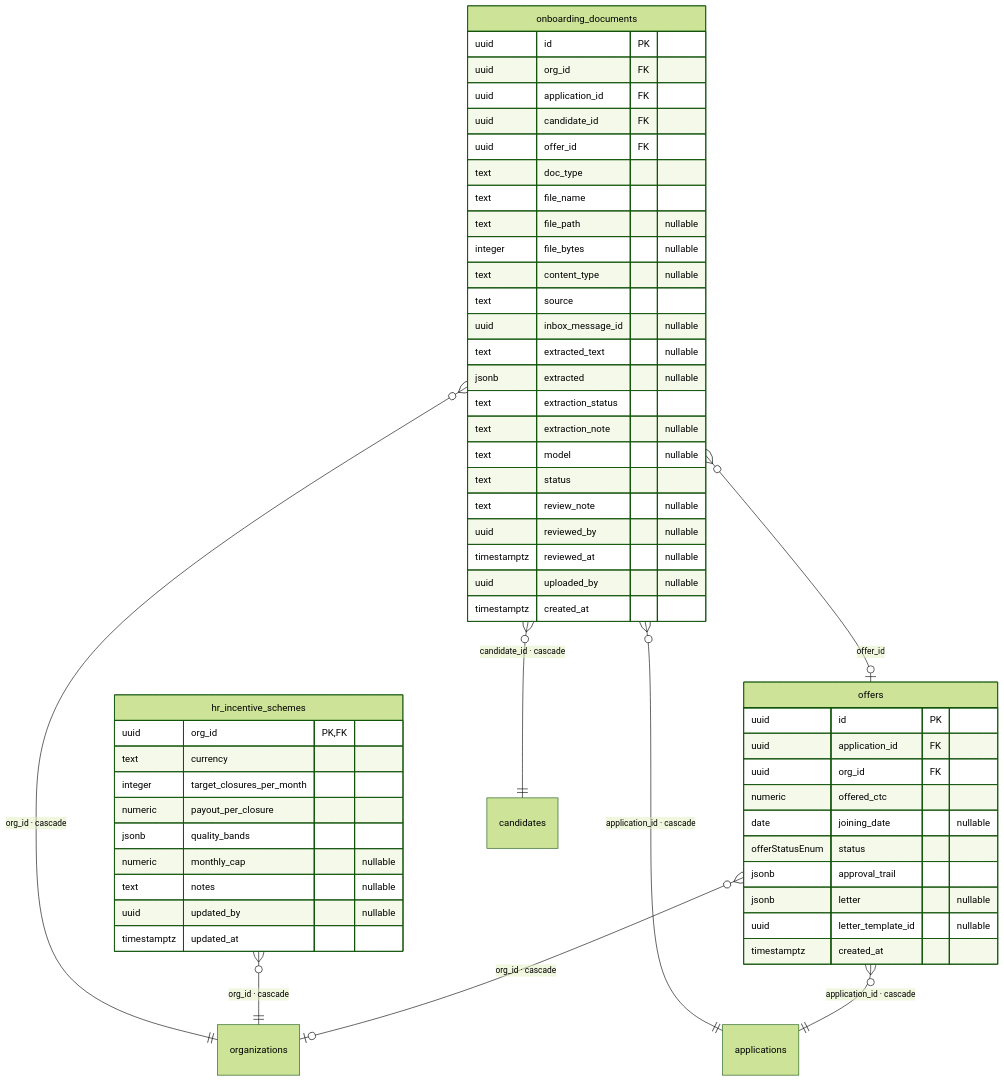
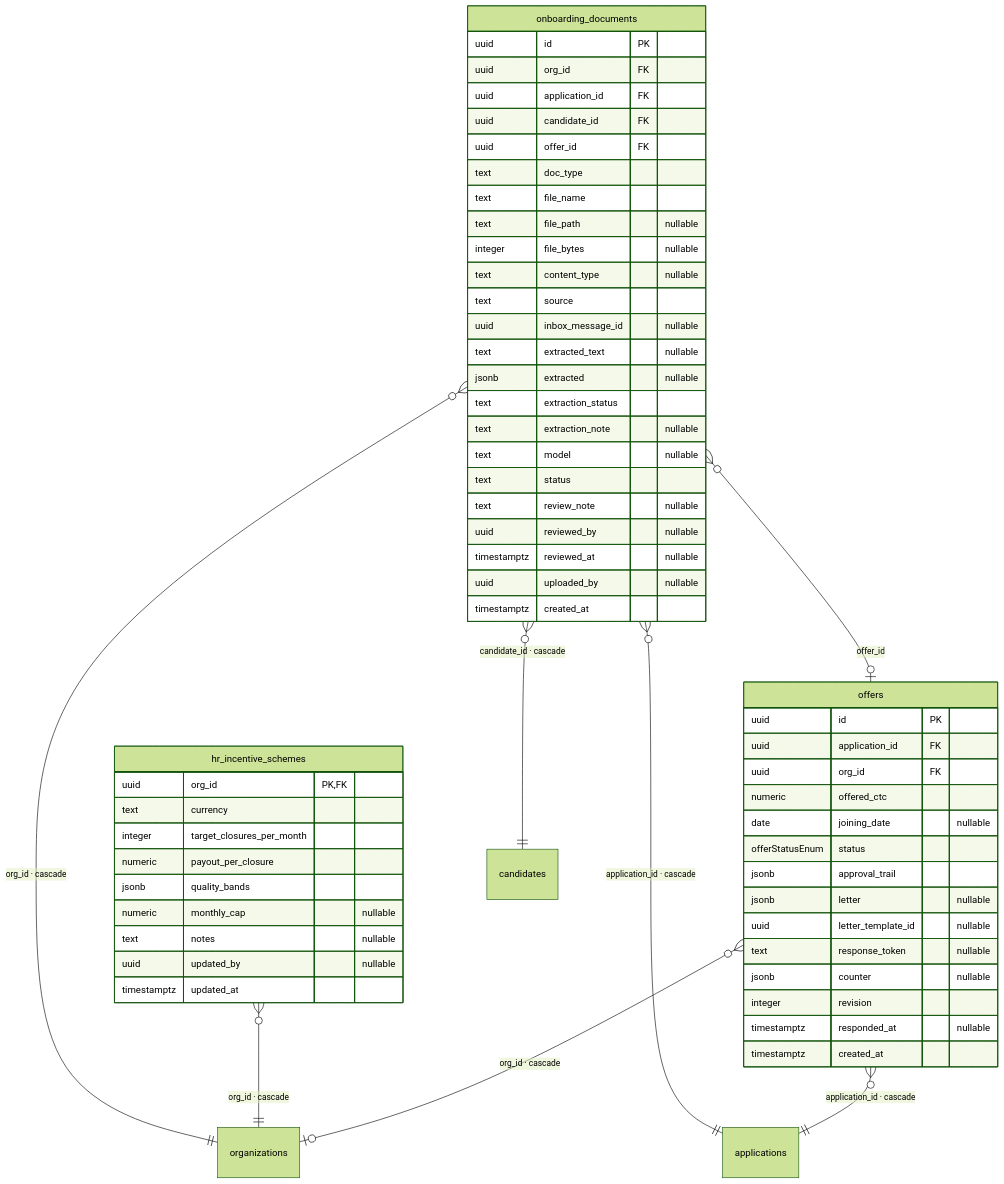
The sixth of 9 diagrams in docs/er-diagram.md (madhugraj/ATSAgent), drawn with Mermaid (forest theme) before and after one commit. The commit also changed other lines of this file and 49 other files, not shown here.

````diff
--- a/docs/er-diagram.md
+++ b/docs/er-diagram.md
@@ -636,59 +636,63 @@
 ```mermaid
 erDiagram
   offers {
     uuid id PK
     uuid application_id FK
     uuid org_id FK
     numeric offered_ctc
     date joining_date "nullable"
     offerStatusEnum status
     jsonb approval_trail
     jsonb letter "nullable"
     uuid letter_template_id "nullable"
+    text response_token "nullable"
+    jsonb counter "nullable"
+    integer revision
+    timestamptz responded_at "nullable"
     timestamptz created_at
   }
   hr_incentive_schemes {
     uuid org_id PK,FK
     text currency
     integer target_closures_per_month
     numeric payout_per_closure
     jsonb quality_bands
     numeric monthly_cap "nullable"
     text notes "nullable"
     uuid updated_by "nullable"
     timestamptz updated_at
   }
   onboarding_documents {
     uuid id PK
     uuid org_id FK
     uuid application_id FK
     uuid candidate_id FK
     uuid offer_id FK
     text doc_type
     text file_name
     text file_path "nullable"
     integer file_bytes "nullable"
     text content_type "nullable"
     text source
     uuid inbox_message_id "nullable"
     text extracted_text "nullable"
     jsonb extracted "nullable"
     text extraction_status
     text extraction_note "nullable"
     text model "nullable"
     text status
     text review_note "nullable"
     uuid reviewed_by "nullable"
     timestamptz reviewed_at "nullable"
     uuid uploaded_by "nullable"
     timestamptz created_at
   }
 
   offers }o--|| applications : "application_id · cascade"
   offers }o--o| organizations : "org_id · cascade"
   hr_incentive_schemes }o--|| organizations : "org_id · cascade"
   onboarding_documents }o--|| organizations : "org_id · cascade"
   onboarding_documents }o--|| applications : "application_id · cascade"
   onboarding_documents }o--|| candidates : "candidate_id · cascade"
   onboarding_documents }o--o| offers : "offer_id"
 ```
````
